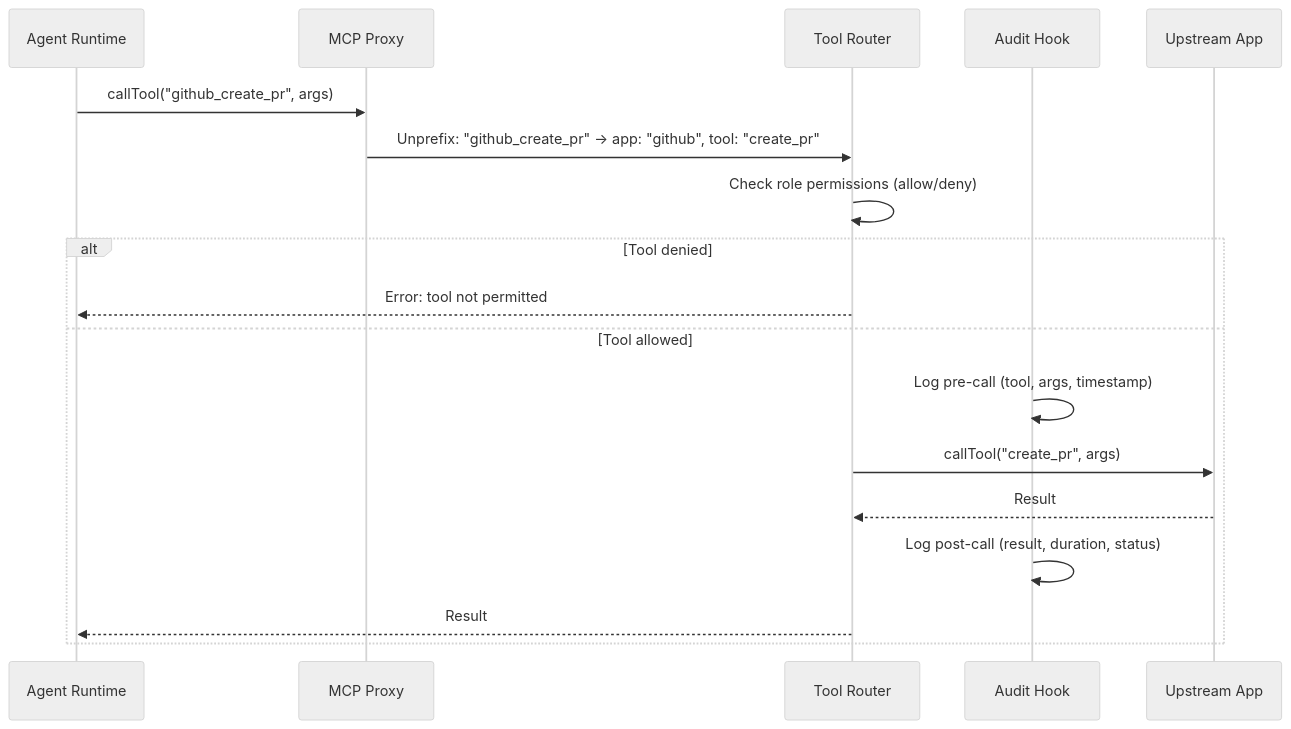
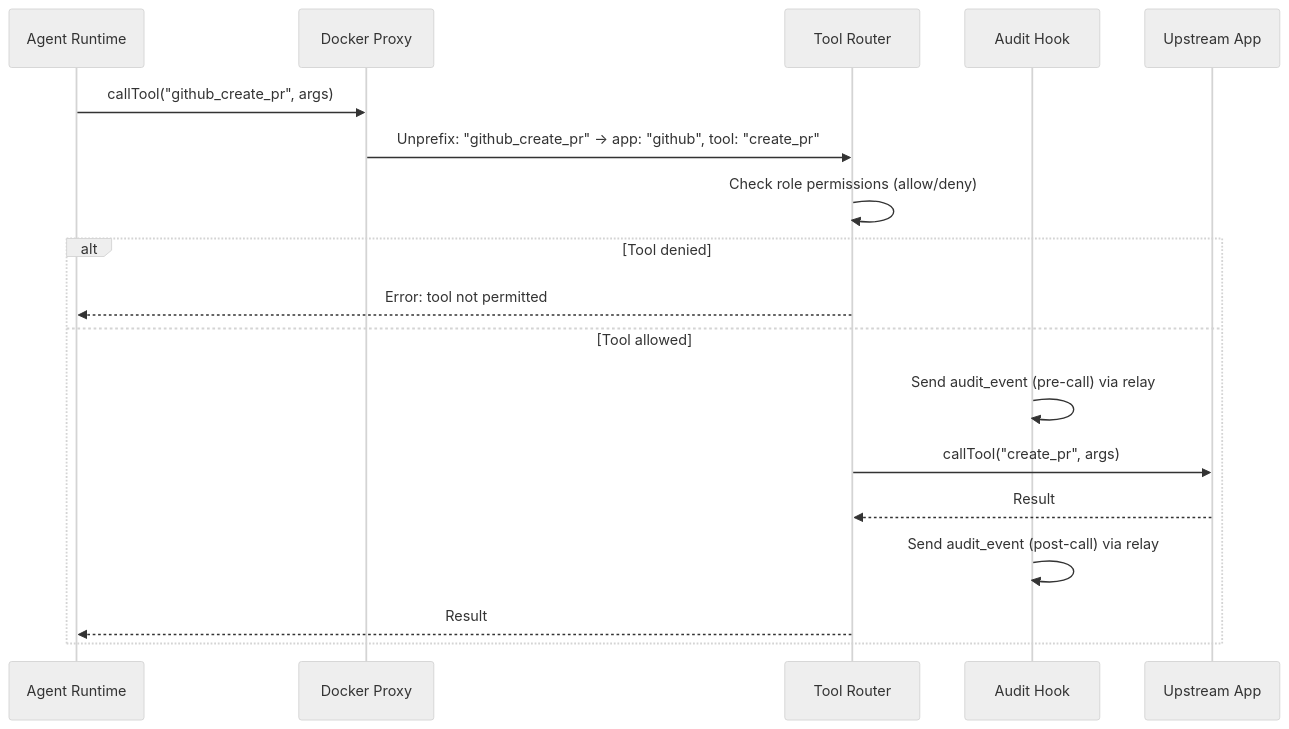
One commit to clawmasons/mason changed the third of 7 diagrams in docs/architecture.md. Above: the diagram before and after it, drawn with Mermaid (neutral theme). The commit also changed other lines of this file and 179 other files, not shown here.

````diff
--- a/docs/architecture.md
+++ b/docs/architecture.md
@@ -69,22 +71,22 @@
 ```mermaid
 sequenceDiagram
     participant Agent as Agent Runtime
-    participant Proxy as MCP Proxy
+    participant Proxy as Docker Proxy
     participant Router as Tool Router
     participant Audit as Audit Hook
     participant App as Upstream App
 
     Agent->>Proxy: callTool("github_create_pr", args)
     Proxy->>Router: Unprefix: "github_create_pr" → app: "github", tool: "create_pr"
     Router->>Router: Check role permissions (allow/deny)
 
     alt Tool denied
         Router-->>Agent: Error: tool not permitted
     else Tool allowed
-        Audit->>Audit: Log pre-call (tool, args, timestamp)
+        Audit->>Audit: Send audit_event (pre-call) via relay
         Router->>App: callTool("create_pr", args)
         App-->>Router: Result
-        Audit->>Audit: Log post-call (result, duration, status)
+        Audit->>Audit: Send audit_event (post-call) via relay
         Router-->>Agent: Result
     end
 ```
````
